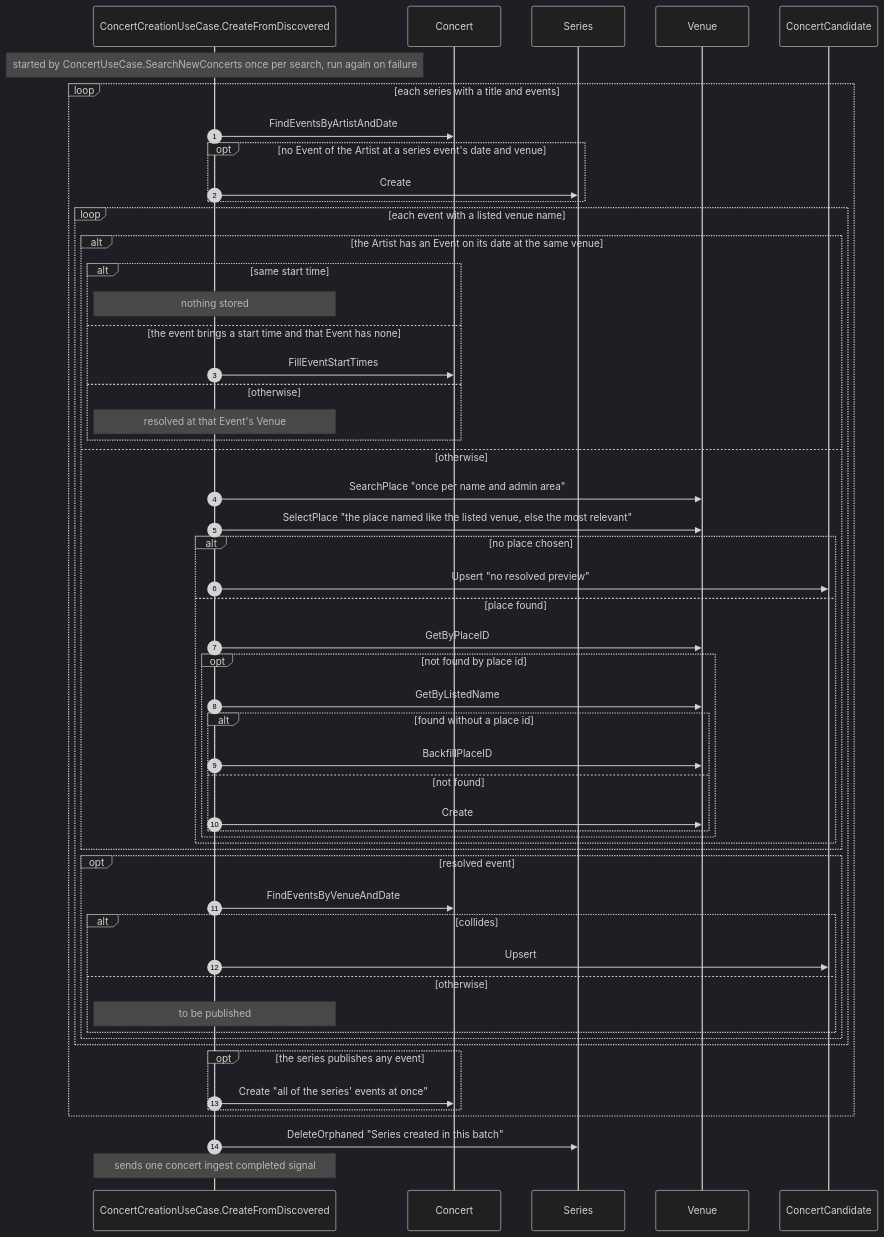
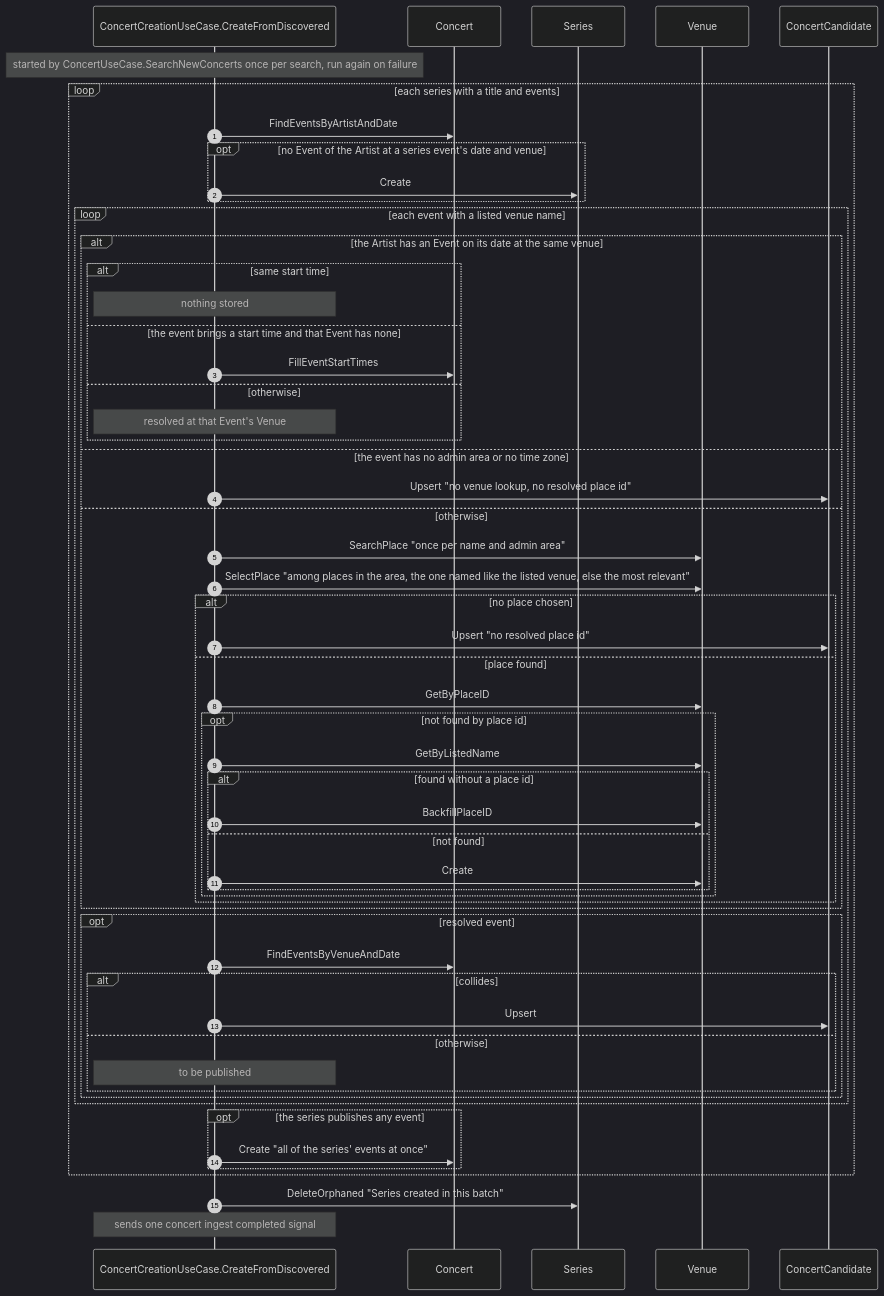
Before and after one commit to liverty-music/specification: the diagram in openspec/specs/components/usecase/concert/create-from-discovered/spec.md, drawn with Mermaid (dark theme). The commit also changed other lines of this file and 171 other files, not shown here.

````diff
--- a/openspec/specs/components/usecase/concert/create-from-discovered/spec.md
+++ b/openspec/specs/components/usecase/concert/create-from-discovered/spec.md
@@ -7,56 +7,58 @@
 ```mermaid
 sequenceDiagram
 autonumber
 participant UC as ConcertCreationUseCase.CreateFromDiscovered
 participant Concert
 participant Series
 participant Venue
 participant ConcertCandidate
 Note over UC: started by ConcertUseCase.SearchNewConcerts once per search, run again on failure
 loop each series with a title and events
   UC->>Concert: FindEventsByArtistAndDate
   opt no Event of the Artist at a series event's date and venue
     UC->>Series: Create
   end
   loop each event with a listed venue name
     alt the Artist has an Event on its date at the same venue
       alt same start time
         Note over UC: nothing stored
       else the event brings a start time and that Event has none
         UC->>Concert: FillEventStartTimes
       else otherwise
         Note over UC: resolved at that Event's Venue
       end
+    else the event has no admin area or no time zone
+      UC->>ConcertCandidate: Upsert "no venue lookup, no resolved place id"
     else otherwise
       UC->>Venue: SearchPlace "once per name and admin area"
-      UC->>Venue: SelectPlace "the place named like the listed venue, else the most relevant"
+      UC->>Venue: SelectPlace "among places in the area, the one named like the listed venue, else the most relevant"
       alt no place chosen
-        UC->>ConcertCandidate: Upsert "no resolved preview"
+        UC->>ConcertCandidate: Upsert "no resolved place id"
       else place found
         UC->>Venue: GetByPlaceID
         opt not found by place id
           UC->>Venue: GetByListedName
           alt found without a place id
             UC->>Venue: BackfillPlaceID
           else not found
             UC->>Venue: Create
           end
         end
       end
     end
     opt resolved event
       UC->>Concert: FindEventsByVenueAndDate
       alt collides
         UC->>ConcertCandidate: Upsert
       else otherwise
         Note over UC: to be published
       end
     end
   end
   opt the series publishes any event
     UC->>Concert: Create "all of the series' events at once"
   end
 end
 UC->>Series: DeleteOrphaned "Series created in this batch"
 Note over UC: sends one concert ingest completed signal
 ```
````
